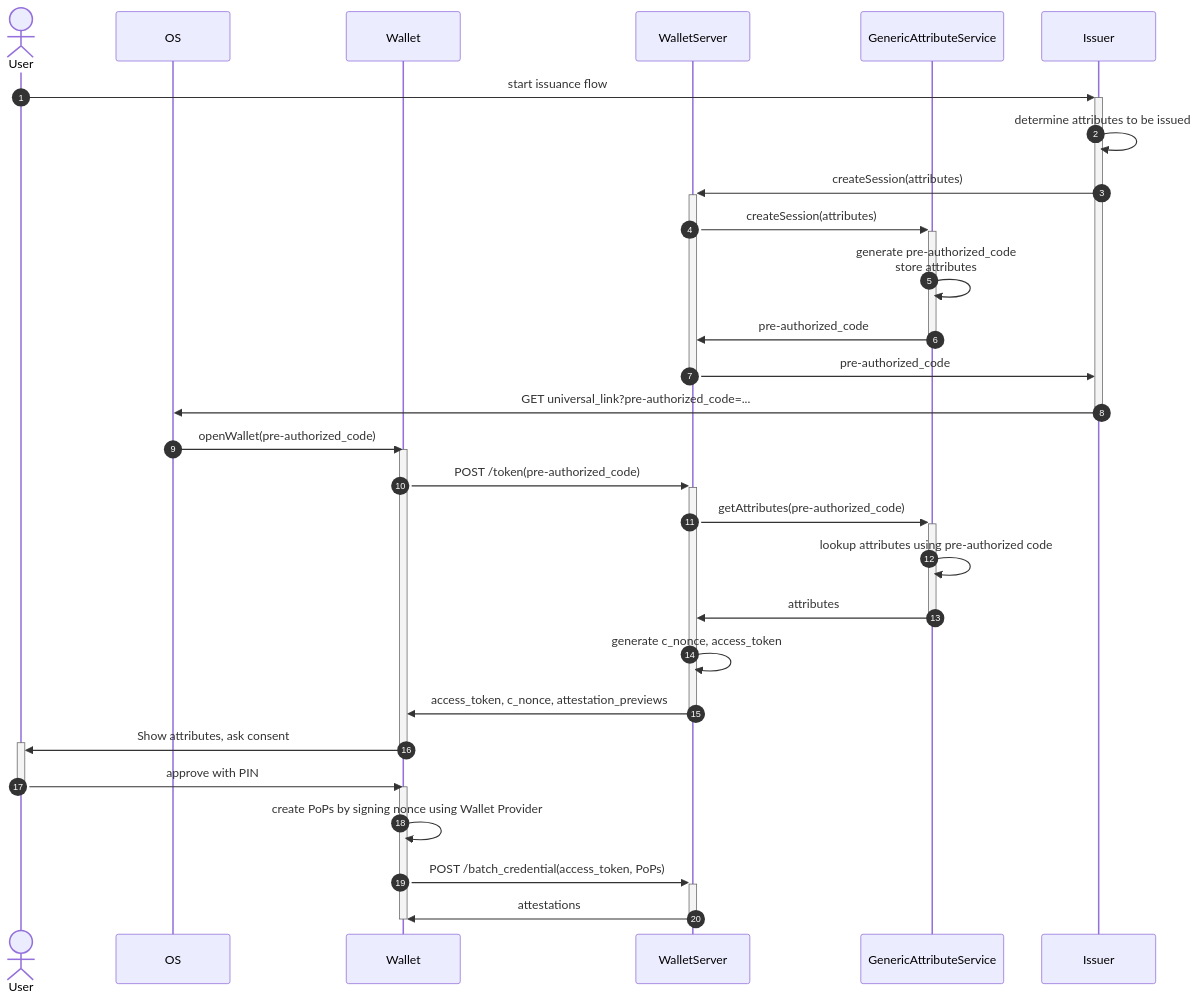
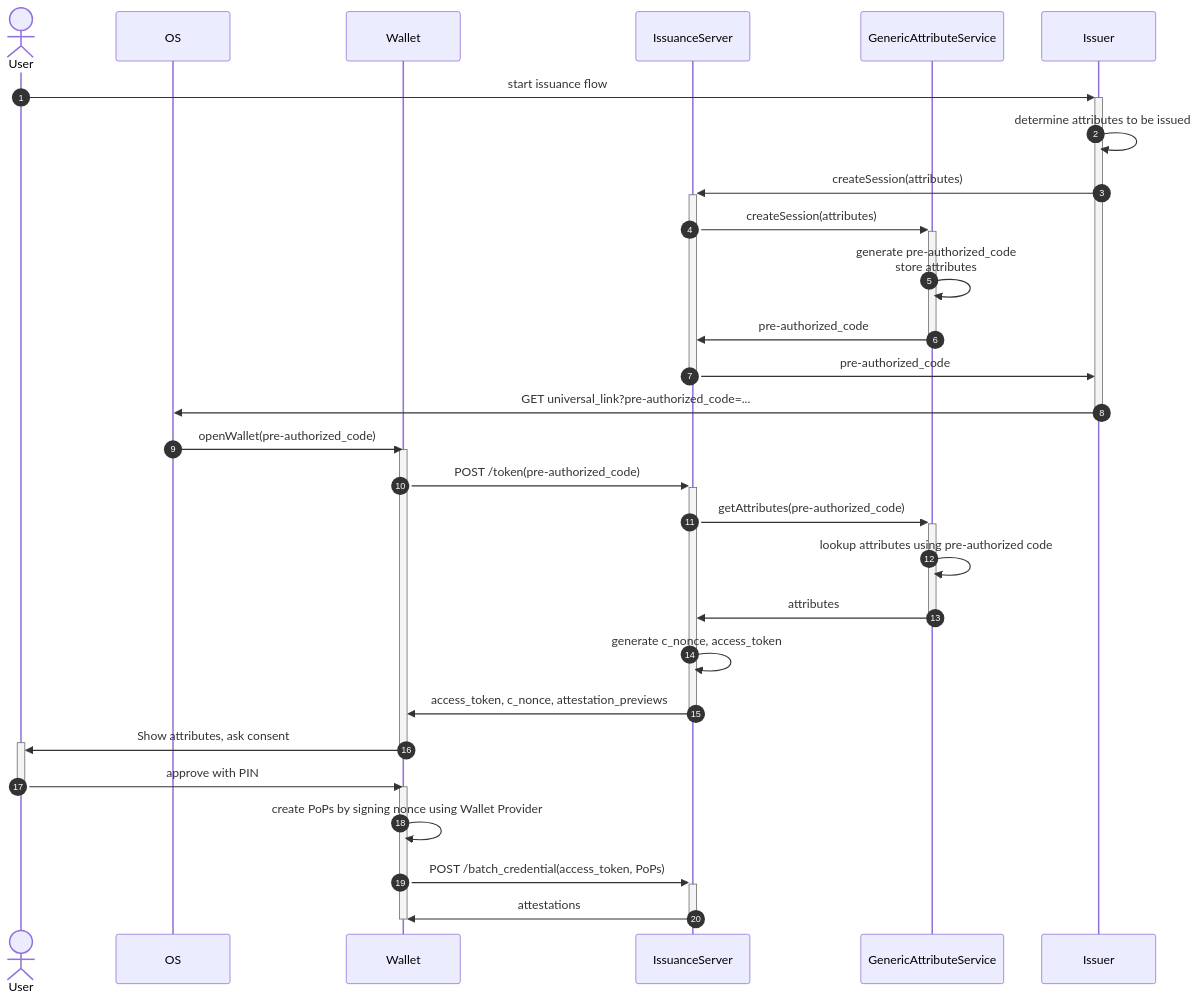
Before and after one commit to MinBZK/nl-wallet: the second of 2 diagrams in wallet_docs/architecture/use-cases/issuance-with-openid4vci.md, drawn with Mermaid. The commit also changed other lines of this file and 8 other files, not shown here.

````diff
--- a/wallet_docs/architecture/use-cases/issuance-with-openid4vci.md
+++ b/wallet_docs/architecture/use-cases/issuance-with-openid4vci.md
@@ -76,36 +141,36 @@
 ```{mermaid}
 sequenceDiagram
     autonumber
 
     actor User
     participant OS
     participant Wallet
-    participant WalletServer
+    participant WalletServer as IssuanceServer
     participant GenericAttributeService
     participant Issuer
 
     User->>+Issuer: start issuance flow
     Issuer->>Issuer: determine attributes to be issued
     Issuer->>+WalletServer: createSession(attributes)
     WalletServer->>+GenericAttributeService: createSession(attributes)
     GenericAttributeService->>GenericAttributeService: generate pre-authorized_code<br/>store attributes
     GenericAttributeService->>-WalletServer: pre-authorized_code
     WalletServer->>-Issuer: pre-authorized_code
     Issuer->>-OS: GET universal_link?pre-authorized_code=...
     OS->>Wallet: openWallet(pre-authorized_code)
     activate Wallet
         Wallet->>+WalletServer: POST /token(pre-authorized_code)
         WalletServer->>+GenericAttributeService: getAttributes(pre-authorized_code)
         GenericAttributeService->>GenericAttributeService: lookup attributes using pre-authorized code
         GenericAttributeService->>-WalletServer: attributes
         WalletServer->>WalletServer: generate c_nonce, access_token
         WalletServer->>-Wallet: access_token, c_nonce, attestation_previews
         Wallet->>+User: Show attributes, ask consent
     deactivate Wallet
     User->>-Wallet: approve with PIN
     activate Wallet
         Wallet->>Wallet: create PoPs by signing nonce using Wallet Provider
         Wallet->>+WalletServer: POST /batch_credential(access_token, PoPs)
         WalletServer->>-Wallet: attestations
     deactivate Wallet
 ```
````
